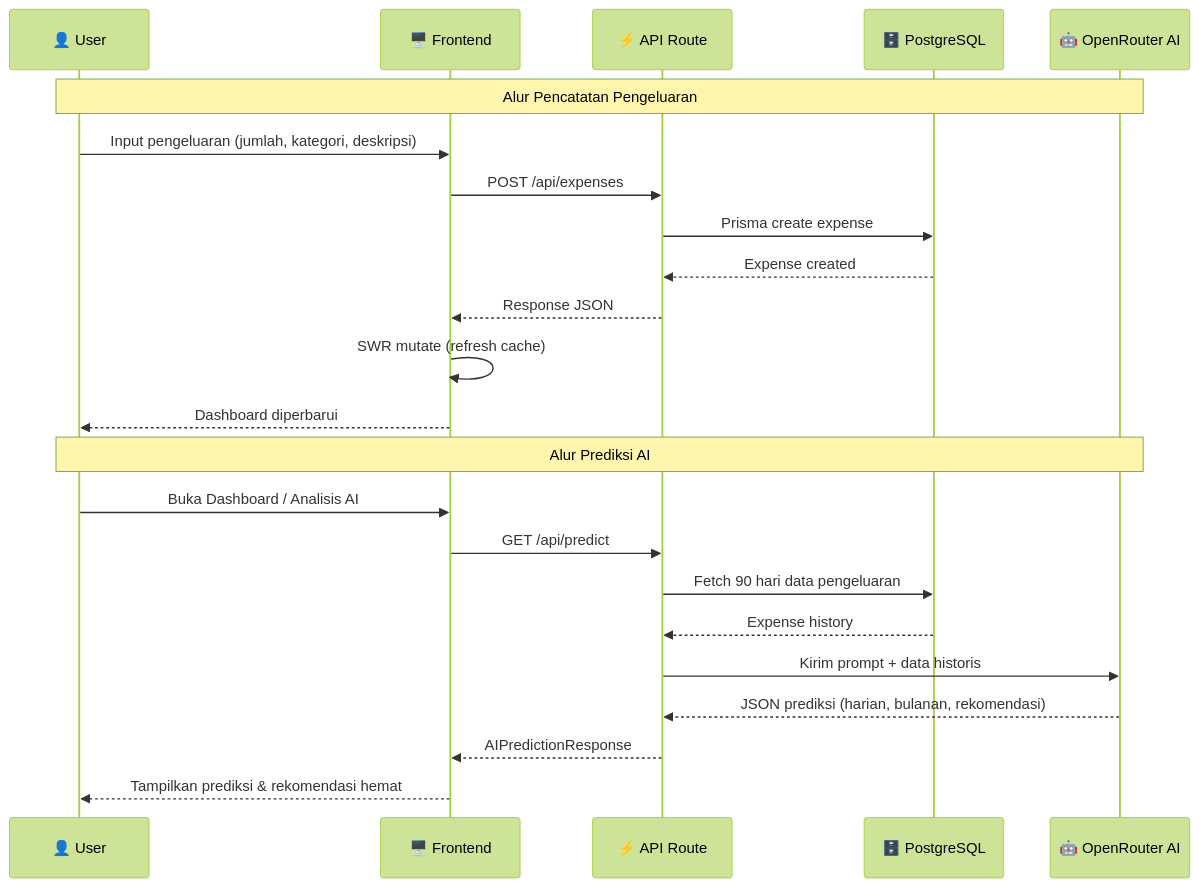
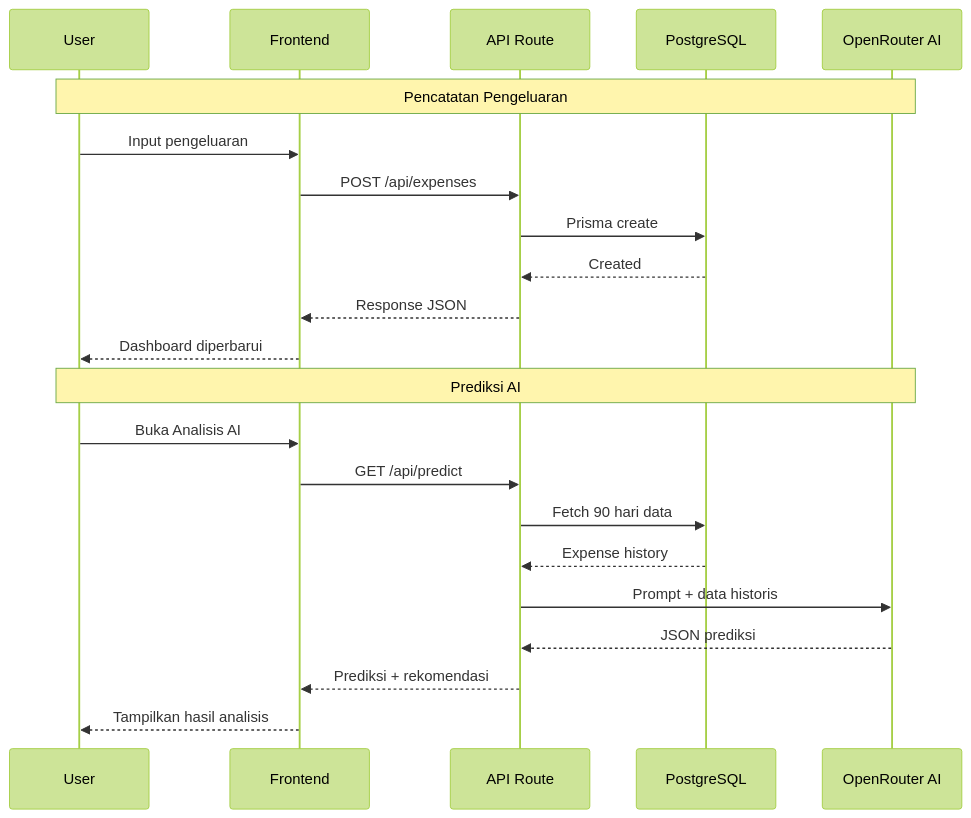
One commit to HeavenDays/FinTrack-AI changed the second of 3 diagrams in README.md. Above: the diagram before and after it, drawn with Mermaid (forest theme). The commit also changed other lines of this file, not shown here.

````diff
--- a/README.md
+++ b/README.md
@@ -134,27 +110,26 @@
 ```mermaid
 sequenceDiagram
-    participant U as 👤 User
-    participant FE as 🖥️ Frontend
-    participant API as ⚡ API Route
-    participant DB as 🗄️ PostgreSQL
-    participant AI as 🤖 OpenRouter AI
+    participant U as User
+    participant FE as Frontend
+    participant API as API Route
+    participant DB as PostgreSQL
+    participant AI as OpenRouter AI
 
-    Note over U, AI: Alur Pencatatan Pengeluaran
-    U->>FE: Input pengeluaran (jumlah, kategori, deskripsi)
+    Note over U, AI: Pencatatan Pengeluaran
+    U->>FE: Input pengeluaran
     FE->>API: POST /api/expenses
-    API->>DB: Prisma create expense
-    DB-->>API: Expense created
+    API->>DB: Prisma create
+    DB-->>API: Created
     API-->>FE: Response JSON
-    FE->>FE: SWR mutate (refresh cache)
     FE-->>U: Dashboard diperbarui
 
-    Note over U, AI: Alur Prediksi AI
-    U->>FE: Buka Dashboard / Analisis AI
+    Note over U, AI: Prediksi AI
+    U->>FE: Buka Analisis AI
     FE->>API: GET /api/predict
-    API->>DB: Fetch 90 hari data pengeluaran
+    API->>DB: Fetch 90 hari data
     DB-->>API: Expense history
-    API->>AI: Kirim prompt + data historis
-    AI-->>API: JSON prediksi (harian, bulanan, rekomendasi)
-    API-->>FE: AIPredictionResponse
-    FE-->>U: Tampilkan prediksi & rekomendasi hemat
+    API->>AI: Prompt + data historis
+    AI-->>API: JSON prediksi
+    API-->>FE: Prediksi + rekomendasi
+    FE-->>U: Tampilkan hasil analisis
 ```
````
